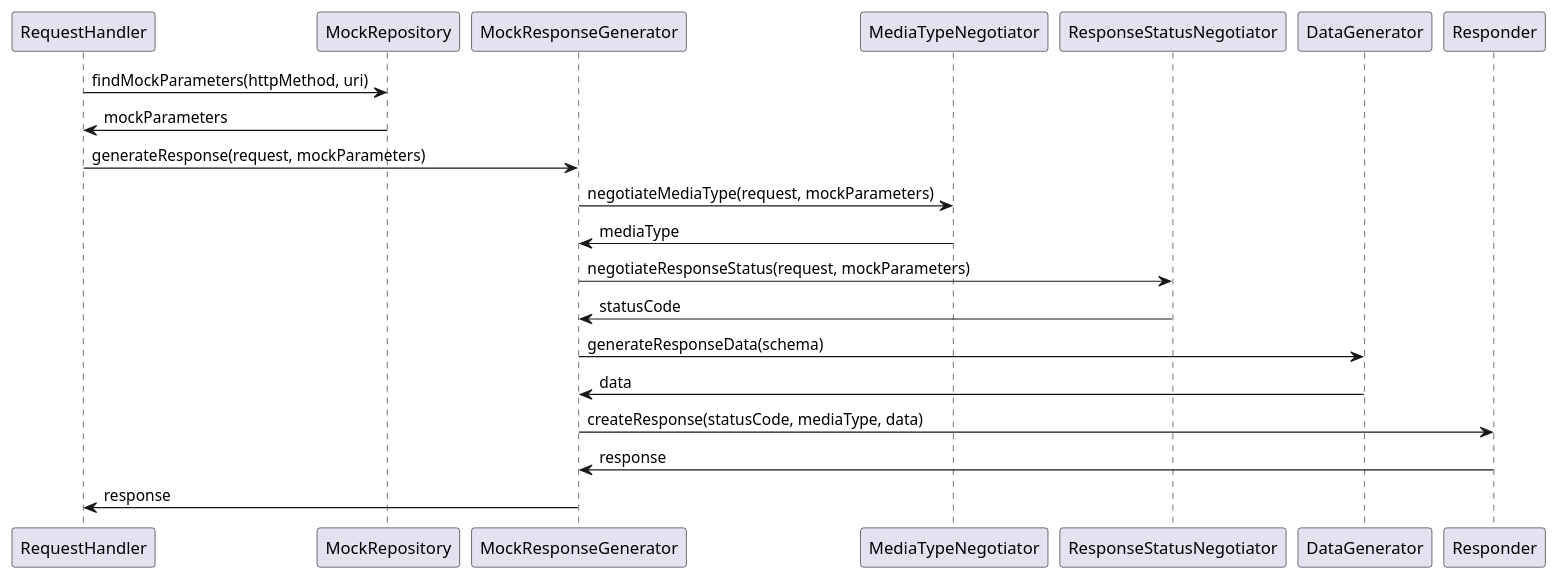
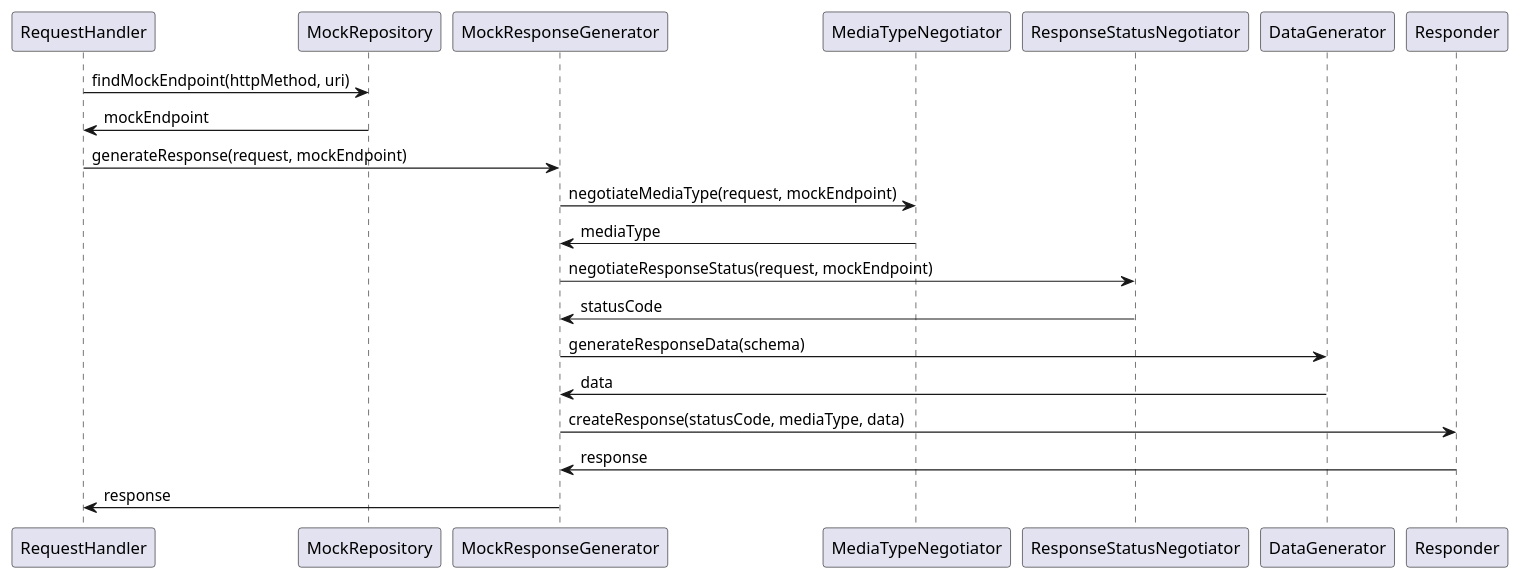
One commit to muonsoft/openapi-mock changed the diagram in docs/uml/request-handling.puml. Above: the diagram before and after it, drawn with PlantUML. The commit also changed 23 other files, not shown here.

Commit message:
mock parameters renamed to mock endpoint

```diff
--- a/docs/uml/request-handling.puml
+++ b/docs/uml/request-handling.puml
@@ -1,16 +1,16 @@
 @startuml
 
-RequestHandler -> MockRepository : findMockParameters(httpMethod, uri)
-RequestHandler <- MockRepository : mockParameters
-RequestHandler -> MockResponseGenerator : generateResponse(request, mockParameters)
-MockResponseGenerator -> MediaTypeNegotiator : negotiateMediaType(request, mockParameters)
+RequestHandler -> MockRepository : findMockEndpoint(httpMethod, uri)
+RequestHandler <- MockRepository : mockEndpoint
+RequestHandler -> MockResponseGenerator : generateResponse(request, mockEndpoint)
+MockResponseGenerator -> MediaTypeNegotiator : negotiateMediaType(request, mockEndpoint)
 MockResponseGenerator <- MediaTypeNegotiator : mediaType
-MockResponseGenerator -> ResponseStatusNegotiator : negotiateResponseStatus(request, mockParameters)
+MockResponseGenerator -> ResponseStatusNegotiator : negotiateResponseStatus(request, mockEndpoint)
 MockResponseGenerator <- ResponseStatusNegotiator : statusCode
 MockResponseGenerator -> DataGenerator : generateResponseData(schema)
 MockResponseGenerator <- DataGenerator : data
 MockResponseGenerator -> Responder : createResponse(statusCode, mediaType, data)
 MockResponseGenerator <- Responder : response
 RequestHandler <- MockResponseGenerator : response
 
 @enduml
```
